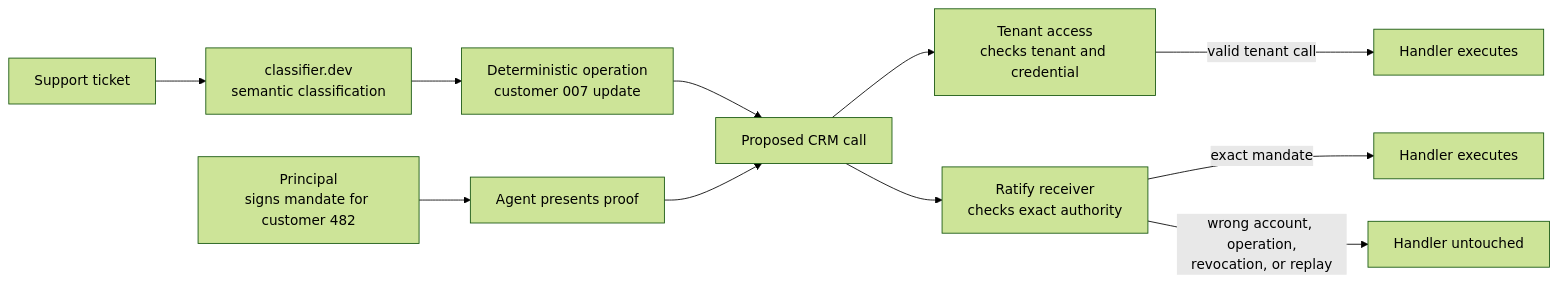
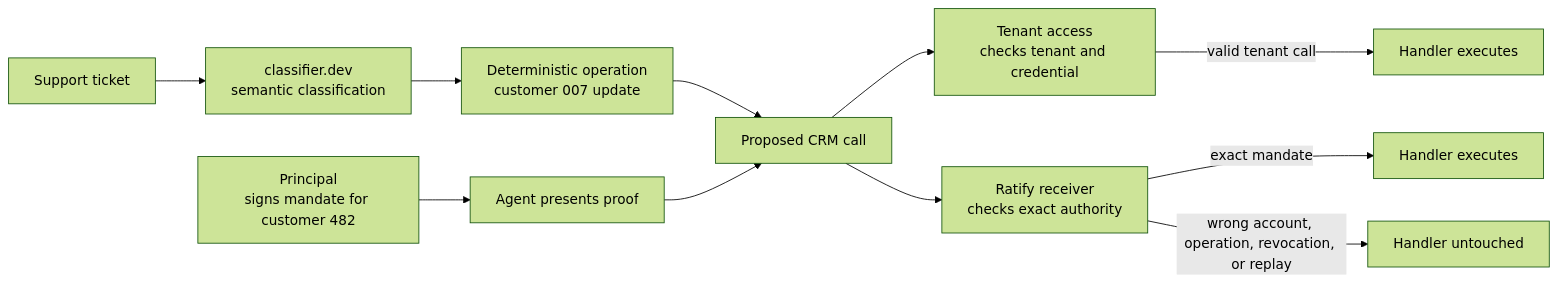
Before and after one commit to identities-ai/ratify-classifier-reference: the first of 2 diagrams in README.md, drawn with Mermaid (forest theme).

Commit message:
Fix README Mermaid diagram rendering

````diff
--- a/README.md
+++ b/README.md
@@ -66,13 +66,14 @@
 ```mermaid
+%%{init: {"flowchart": {"diagramPadding": 56}}}%%
 flowchart LR
-    T[Support ticket] --> C[classifier.dev\nsemantic classification]
-    C --> O[Deterministic operation\ncustomer 007 update]
-    P[Principal\nsigns mandate for customer 482] --> A[Agent presents proof]
-    O --> B[Proposed CRM call]
+    T["Support ticket"] --> C["classifier.dev<br/>semantic classification"]
+    C --> O["Deterministic operation<br/>customer 007 update"]
+    P["Principal<br/>signs mandate for customer 482"] --> A["Agent presents proof"]
+    O --> B["Proposed CRM call"]
     A --> B
-    B --> U[Tenant access\nchecks tenant and credential]
-    B --> V[Ratify receiver\nchecks exact authority]
-    U -->|valid tenant call| H1[Handler executes]
-    V -->|exact mandate| H2[Handler executes]
-    V -->|wrong account, operation,\nrevocation, or replay| D[Handler untouched]
+    B --> U["Tenant access<br/>checks tenant and credential"]
+    B --> V["Ratify receiver<br/>checks exact authority"]
+    U -->|valid tenant call| H1["Handler executes"]
+    V -->|exact mandate| H2["Handler executes"]
+    V -->|wrong account, operation, revocation, or replay| D["Handler untouched"]
 ```
````
